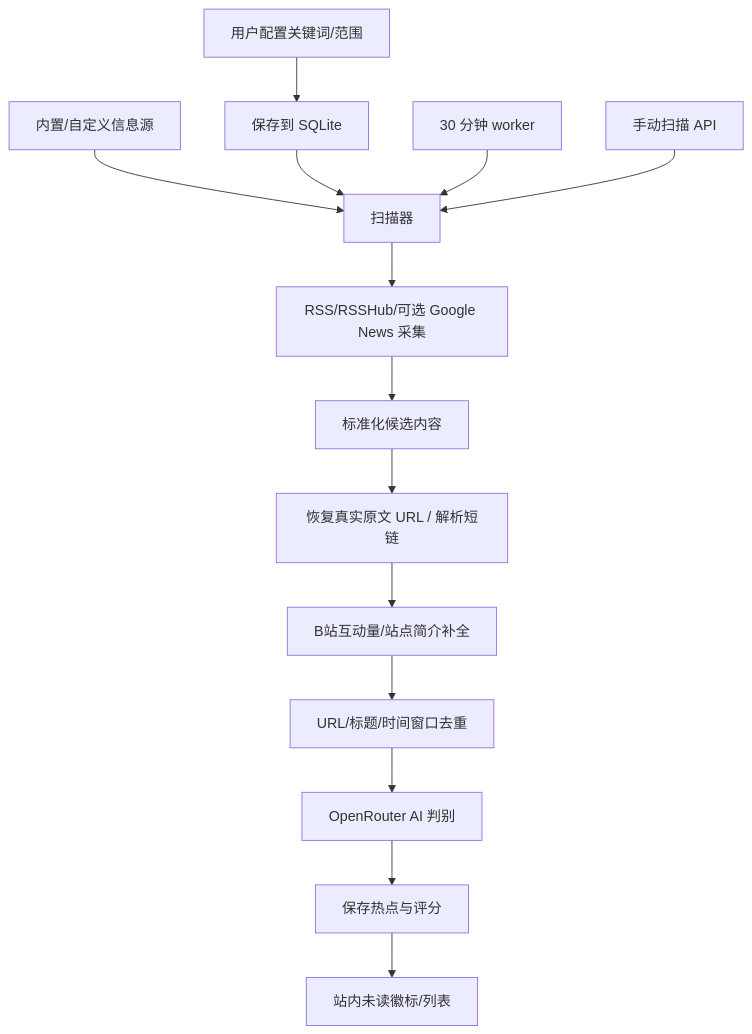
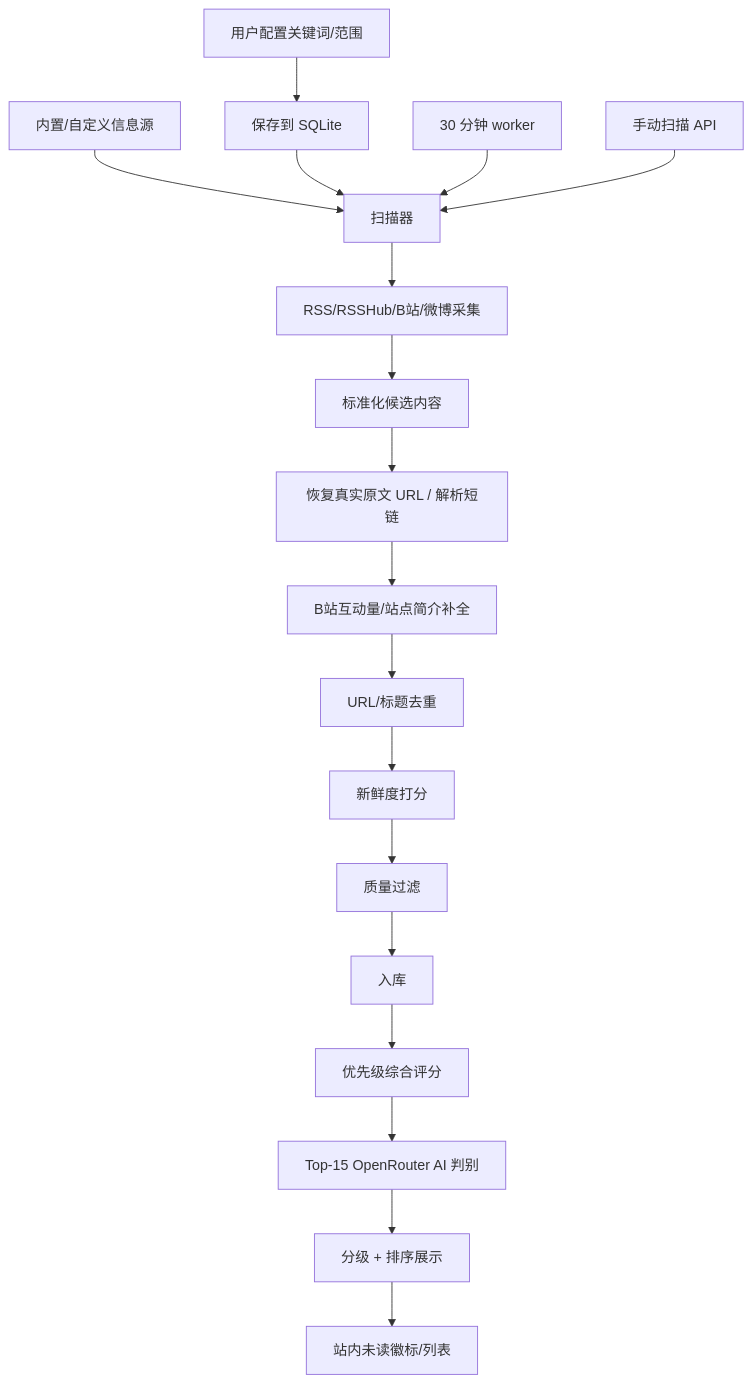
The diagram in docs/architecture.md (AUYEUNGSkate/-), drawn with Mermaid before and after one commit. The commit also changed other lines of this file and 2 other files, not shown here.

Commit message:
Update docs: progress, architecture, source-plan to reflect v1 current state

````diff
--- a/docs/architecture.md
+++ b/docs/architecture.md
@@ -52,16 +52,20 @@
 ```mermaid
 flowchart TD
   A["用户配置关键词/范围"] --> B["保存到 SQLite"]
   C["内置/自定义信息源"] --> D["扫描器"]
   B --> D
   E["30 分钟 worker"] --> D
   F["手动扫描 API"] --> D
-  D --> G["RSS/RSSHub/可选 Google News 采集"]
+  D --> G["RSS/RSSHub/B站/微博采集"]
   G --> H["标准化候选内容"]
   H --> I["恢复真实原文 URL / 解析短链"]
   I --> J["B站互动量/站点简介补全"]
-  J --> K["URL/标题/时间窗口去重"]
-  K --> L["OpenRouter AI 判别"]
-  L --> M["保存热点与评分"]
-  M --> N["站内未读徽标/列表"]
+  J --> K["URL/标题去重"]
+  K --> L["新鲜度打分"]
+  L --> M["质量过滤"]
+  M --> N["入库"]
+  N --> O["优先级综合评分"]
+  O --> P["Top-15 OpenRouter AI 判别"]
+  P --> Q["分级 + 排序展示"]
+  Q --> R["站内未读徽标/列表"]
 ```
````
